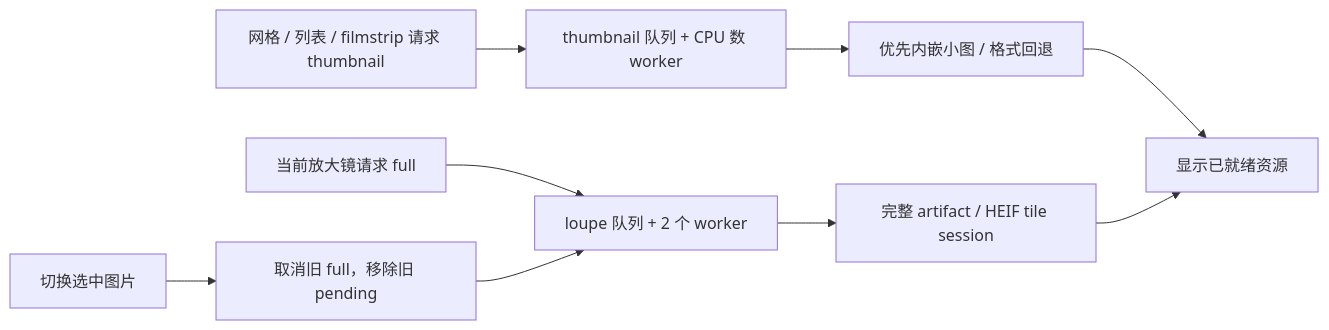
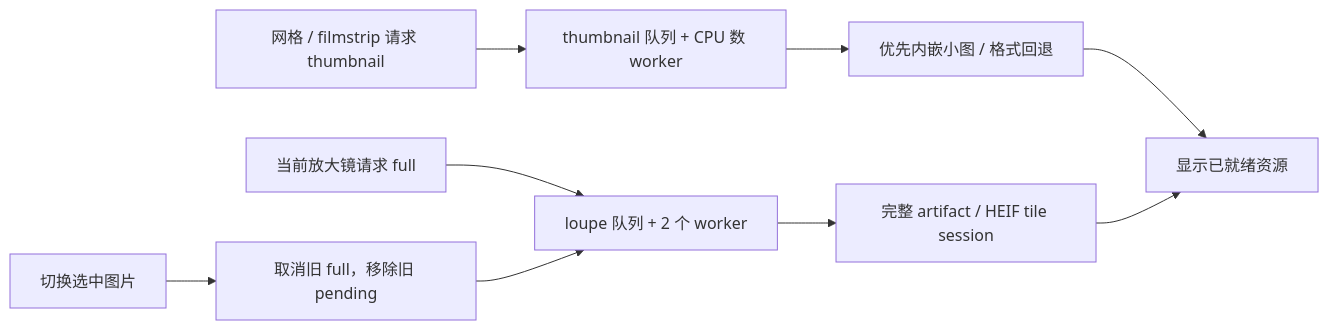
The third of 3 diagrams in docs/ARCHITECTURE.md (oxygenkun/oxyviewer), drawn with Mermaid before and after one commit. The commit also changed 19 other files, not shown here.

````diff
--- a/docs/ARCHITECTURE.md
+++ b/docs/ARCHITECTURE.md
@@ -195,11 +195,11 @@
 ```mermaid
 flowchart LR
-    thumbnail["网格 / 列表 / filmstrip 请求 thumbnail"] --> thumbnailQueue["thumbnail 队列 + CPU 数 worker"]
+    thumbnail["网格 / filmstrip 请求 thumbnail"] --> thumbnailQueue["thumbnail 队列 + CPU 数 worker"]
     loupe["当前放大镜请求 full"] --> fullQueue["loupe 队列 + 2 个 worker"]
     thumbnailQueue --> embedded["优先内嵌小图 / 格式回退"]
     fullQueue --> full["完整 artifact / HEIF tile session"]
     embedded --> display["显示已就绪资源"]
     full --> display
     selection["切换选中图片"] --> cancel["取消旧 full，移除旧 pending"]
     cancel --> fullQueue
 ```
````
